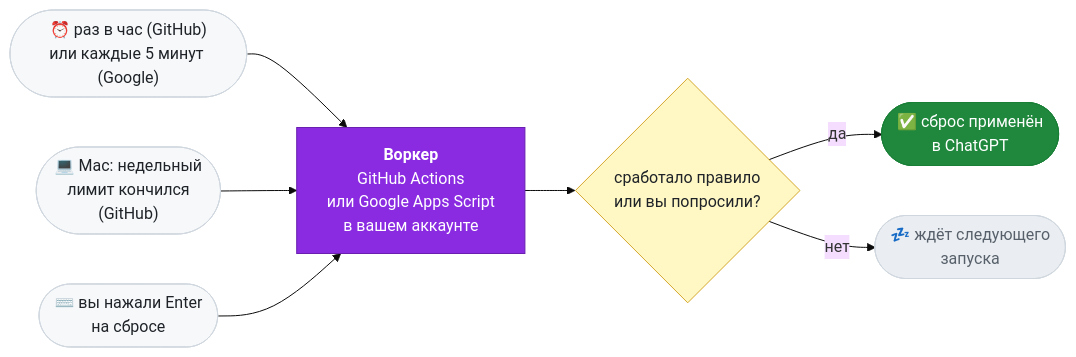
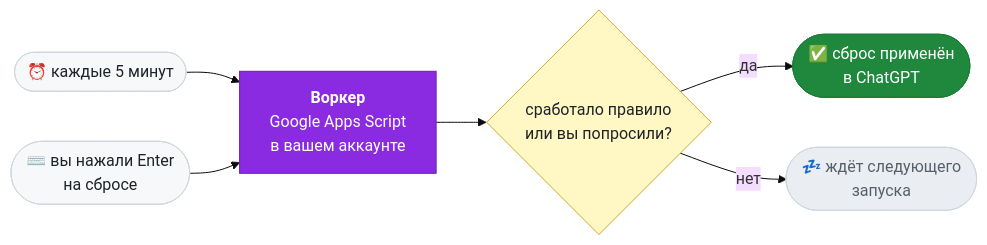
One commit to Keshaqaz/aures changed the diagram in docs/README.ru.md. Above: the diagram before and after it, drawn with Mermaid (base theme). The commit also changed other lines of this file and 12 other files, not shown here.

First line of the commit message:
Describe the worker on Google only and retake the screenshots

````diff
--- a/docs/README.ru.md
+++ b/docs/README.ru.md
@@ -89,28 +91,26 @@
 ```mermaid
 flowchart LR
-  hour(["⏰ раз в час (GitHub)<br/>или каждые 5 минут (Google)"])
-  mac(["💻 Mac: недельный<br/>лимит кончился<br/>(GitHub)"])
+  tick(["⏰ каждые 5 минут"])
   you(["⌨️ вы нажали Enter<br/>на сбросе"])
-  worker["<b>Воркер</b><br/>GitHub Actions<br/>или Google Apps Script<br/>в вашем аккаунте"]
+  worker["<b>Воркер</b><br/>Google Apps Script<br/>в вашем аккаунте"]
   due{"сработало правило<br/>или вы попросили?"}
   apply(["✅ сброс применён<br/>в ChatGPT"])
   wait(["💤 ждёт следующего<br/>запуска"])
 
-  hour --> worker
-  mac --> worker
+  tick --> worker
   you --> worker
   worker --> due
   due -- да --> apply
   due -- нет --> wait
 
   classDef trigger fill:#f6f8fa,stroke:#d0d7de,color:#1f2328
   classDef main fill:#8A2BE2,stroke:#6a1fb0,color:#ffffff
   classDef check fill:#fff8c5,stroke:#d4a72c,color:#1f2328
   classDef ok fill:#1f883d,stroke:#1a7f37,color:#ffffff
   classDef idle fill:#eaeef2,stroke:#d0d7de,color:#57606a
-  class hour,mac,you trigger
+  class tick,you trigger
   class worker main
   class due check
   class apply ok
   class wait idle
 ```
````
